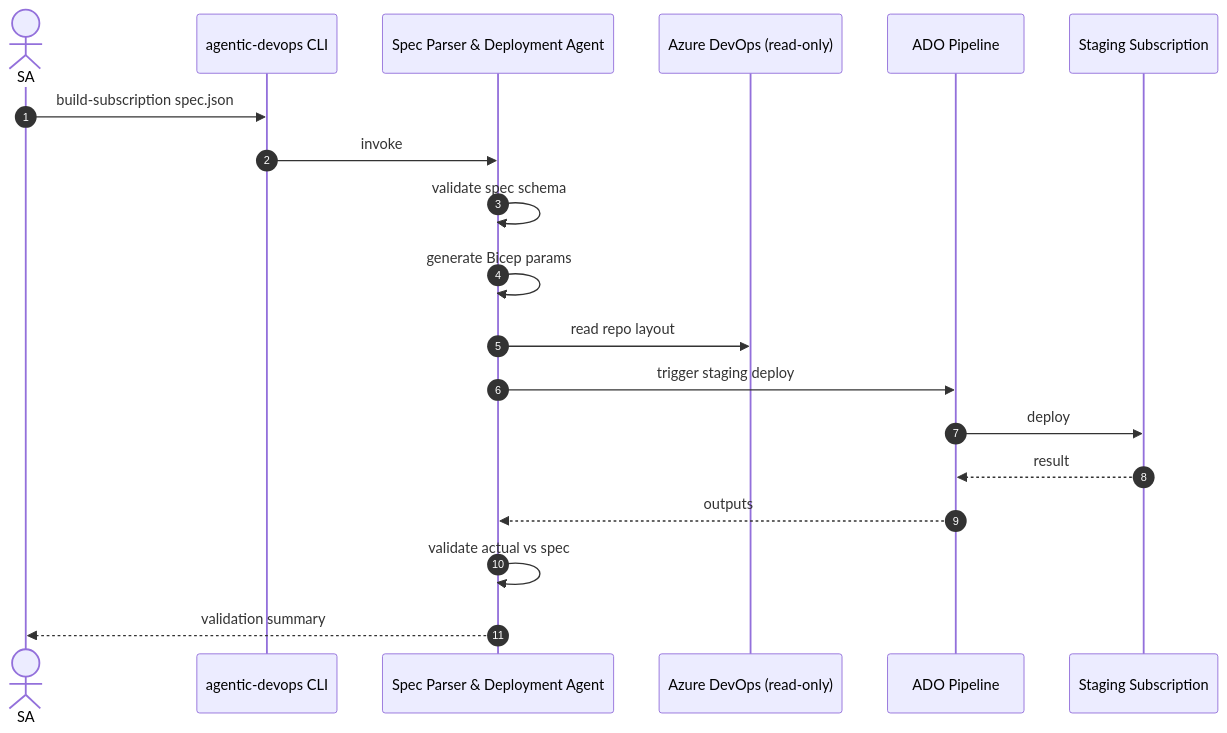
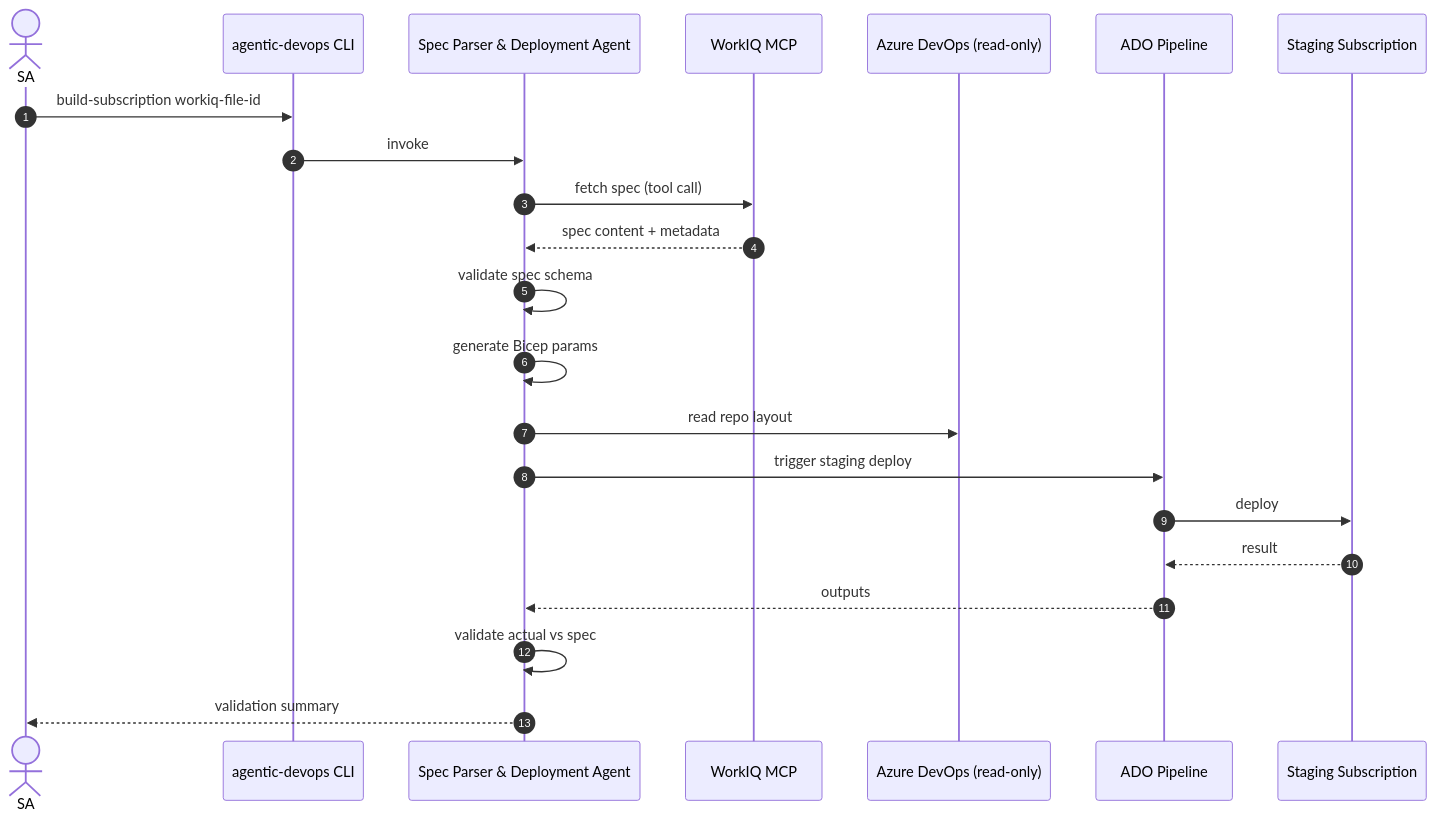
One commit to urruegg/AgenticDevOpsPlatform changed the diagram in sprints/sprint-02-uc1-spec-parser-happy-path.md. Above: the diagram before and after it, drawn with Mermaid. The commit also changed other lines of this file and 7 other files, not shown here.

````diff
--- a/sprints/sprint-02-uc1-spec-parser-happy-path.md
+++ b/sprints/sprint-02-uc1-spec-parser-happy-path.md
@@ -54,22 +64,25 @@
 ```mermaid
 sequenceDiagram
     autonumber
     actor SA
     participant CLI as agentic-devops CLI
     participant Spec as Spec Parser & Deployment Agent
+    participant WIQ as WorkIQ MCP
     participant ADO as Azure DevOps (read-only)
     participant Pipe as ADO Pipeline
     participant Stg as Staging Subscription
 
-    SA->>CLI: build-subscription spec.json
+    SA->>CLI: build-subscription workiq-file-id
     CLI->>Spec: invoke
+    Spec->>WIQ: fetch spec (tool call)
+    WIQ-->>Spec: spec content + metadata
     Spec->>Spec: validate spec schema
     Spec->>Spec: generate Bicep params
     Spec->>ADO: read repo layout
     Spec->>Pipe: trigger staging deploy
     Pipe->>Stg: deploy
     Stg-->>Pipe: result
     Pipe-->>Spec: outputs
     Spec->>Spec: validate actual vs spec
     Spec-->>SA: validation summary
 ```
````
